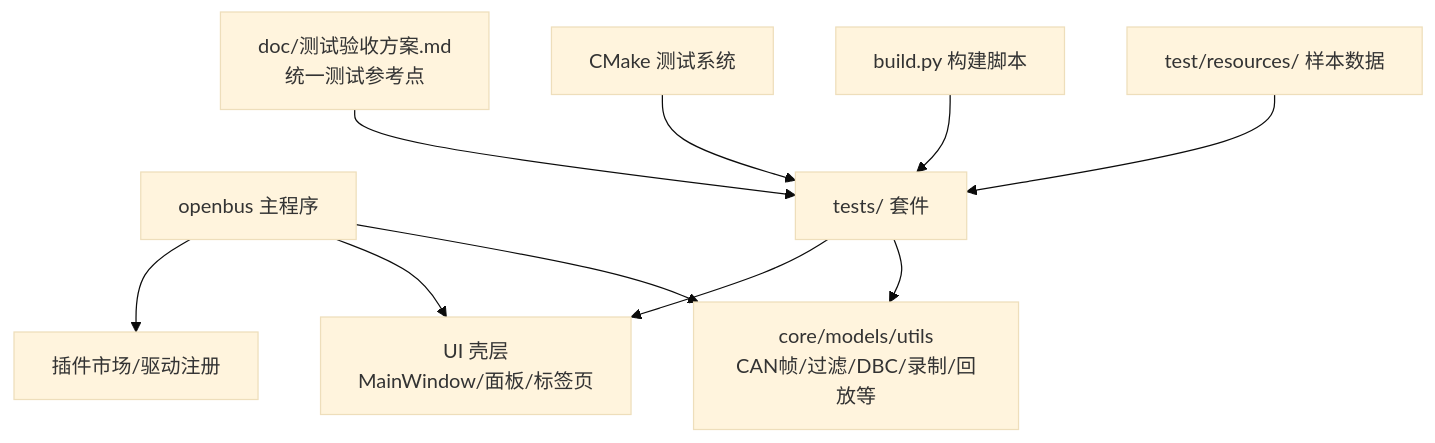
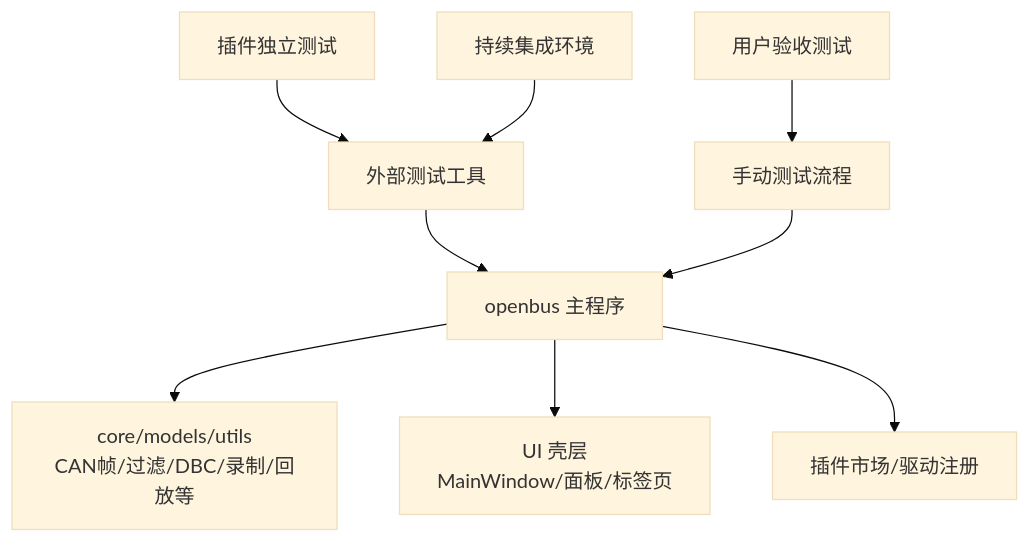
Before and after one commit to jakecai1225-design/OpenBus: the first of 3 diagrams in .qoder/repowiki/zh/content/开发指南/测试策略文档.md, drawn with Mermaid (base theme). The commit also changed other lines of this file and 11 other files, not shown here.

````diff
--- a/.qoder/repowiki/zh/content/开发指南/测试策略文档.md
+++ b/.qoder/repowiki/zh/content/开发指南/测试策略文档.md
@@ -44,12 +47,11 @@
 ```mermaid
 graph TB
 A["openbus 主程序"] --> B["core/models/utils<br/>CAN帧/过滤/DBC/录制/回放等"]
 A --> C["UI 壳层<br/>MainWindow/面板/标签页"]
 A --> D["插件市场/驱动注册"]
-E["tests/ 套件"] --> B
-E --> C
-F["test/resources/ 样本数据"] --> E
-G["build.py 构建脚本"] --> E
-H["CMake 测试系统"] --> E
-I["doc/测试验收方案.md<br/>统一测试参考点"] --> E
+E["外部测试工具"] --> A
+F["手动测试流程"] --> A
+G["插件独立测试"] --> E
+H["用户验收测试"] --> F
+I["持续集成环境"] --> E
 ```
````
